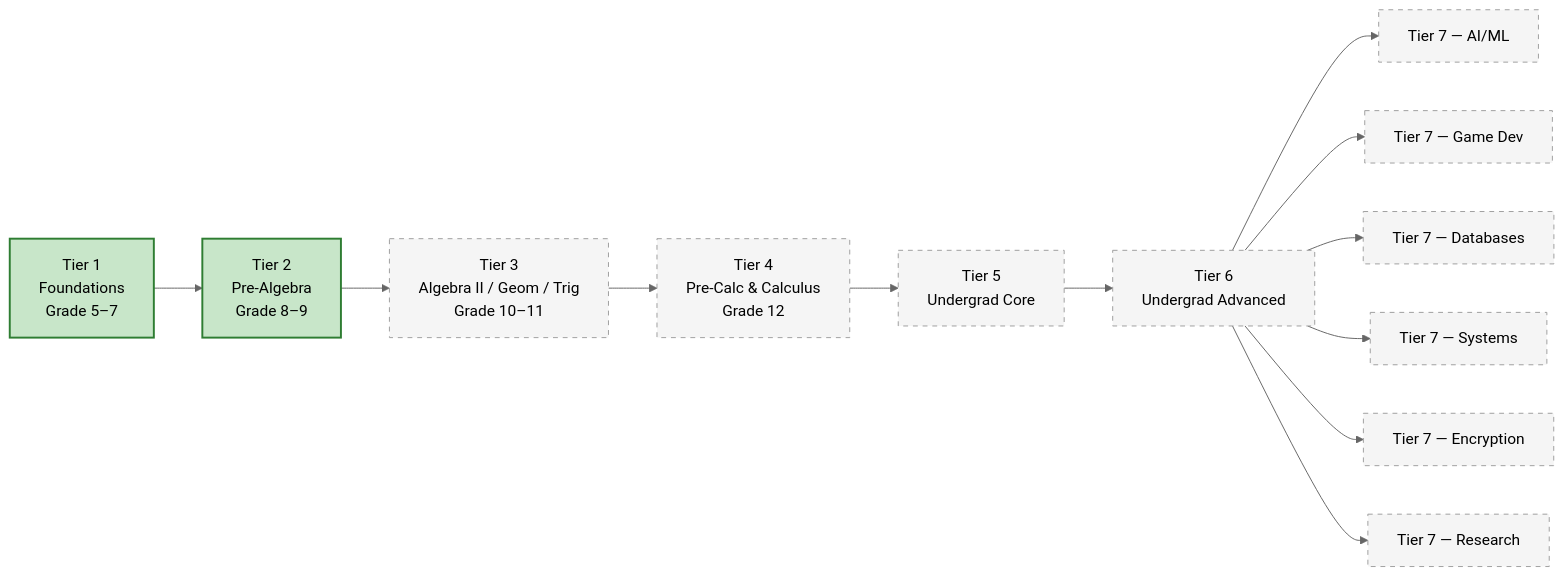
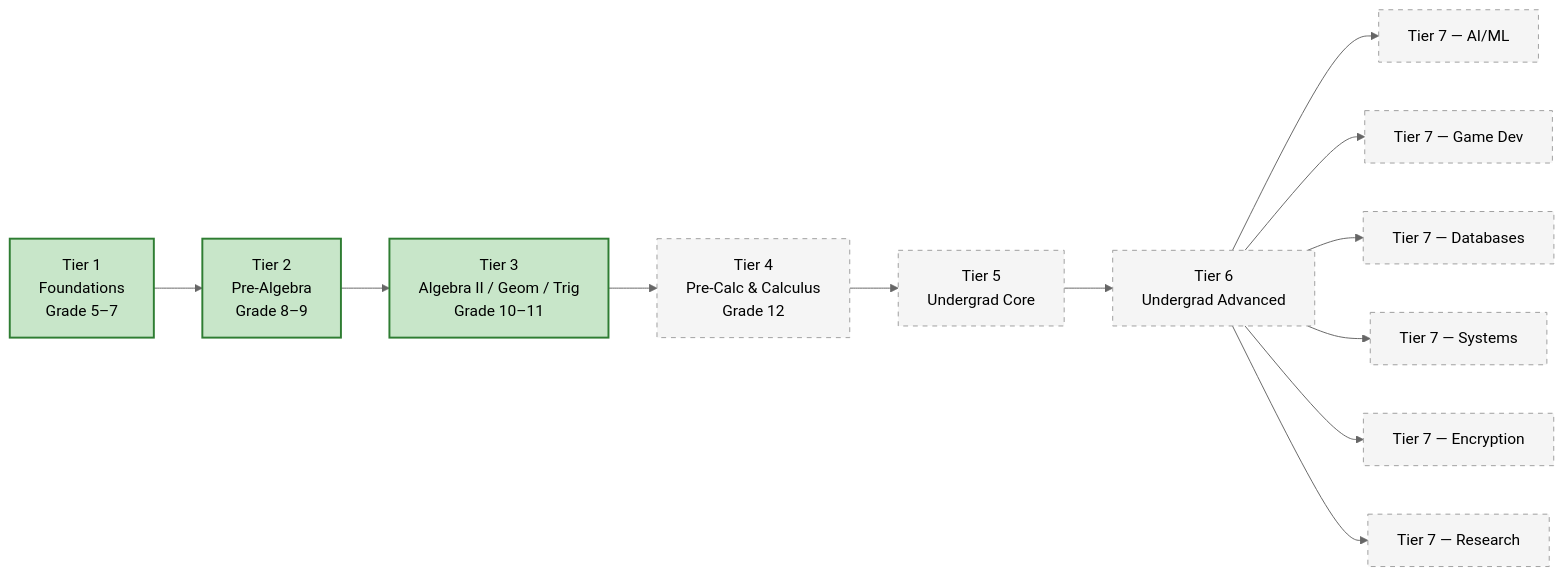
The diagram in index.qmd (rajeshpillai/applied-maths), drawn with Mermaid (neutral theme) before and after one commit. The commit also changed other lines of this file and 5 other files, not shown here.

````diff
--- a/index.qmd
+++ b/index.qmd
@@ -77,19 +77,19 @@
 ```{mermaid}
 flowchart LR
     T1["Tier 1<br/>Foundations<br/>Grade 5–7"] --> T2["Tier 2<br/>Pre-Algebra<br/>Grade 8–9"]
     T2 --> T3["Tier 3<br/>Algebra II / Geom / Trig<br/>Grade 10–11"]
     T3 --> T4["Tier 4<br/>Pre-Calc & Calculus<br/>Grade 12"]
     T4 --> T5["Tier 5<br/>Undergrad Core"]
     T5 --> T6["Tier 6<br/>Undergrad Advanced"]
     T6 --> T7AI["Tier 7 — AI/ML"]
     T6 --> T7GD["Tier 7 — Game Dev"]
     T6 --> T7DB["Tier 7 — Databases"]
     T6 --> T7SY["Tier 7 — Systems"]
     T6 --> T7EN["Tier 7 — Encryption"]
     T6 --> T7RE["Tier 7 — Research"]
 
     classDef builtTier fill:#c8e6c9,stroke:#2e7d32,stroke-width:2px
     classDef plannedTier fill:#f5f5f5,stroke:#9e9e9e,stroke-dasharray: 5 5
-    class T1,T2 builtTier
-    class T3,T4,T5,T6,T7AI,T7GD,T7DB,T7SY,T7EN,T7RE plannedTier
+    class T1,T2,T3 builtTier
+    class T4,T5,T6,T7AI,T7GD,T7DB,T7SY,T7EN,T7RE plannedTier
 ```
````
